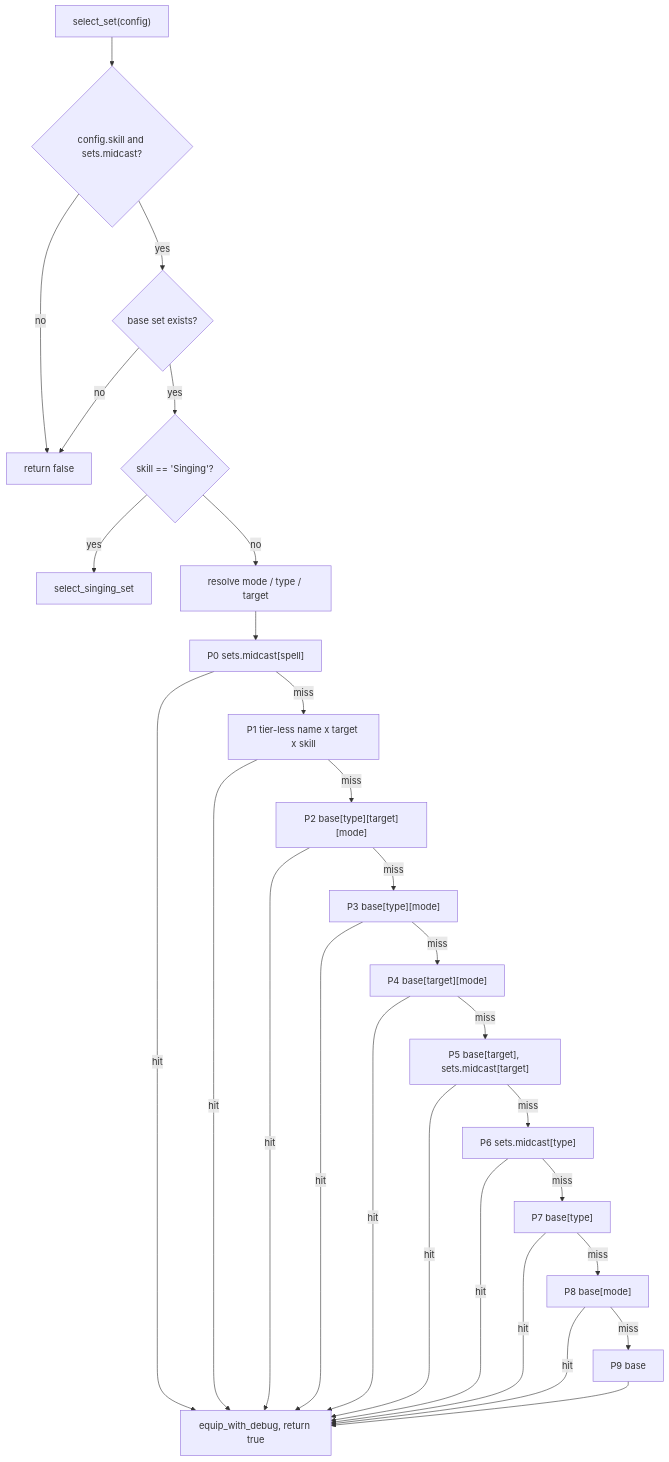
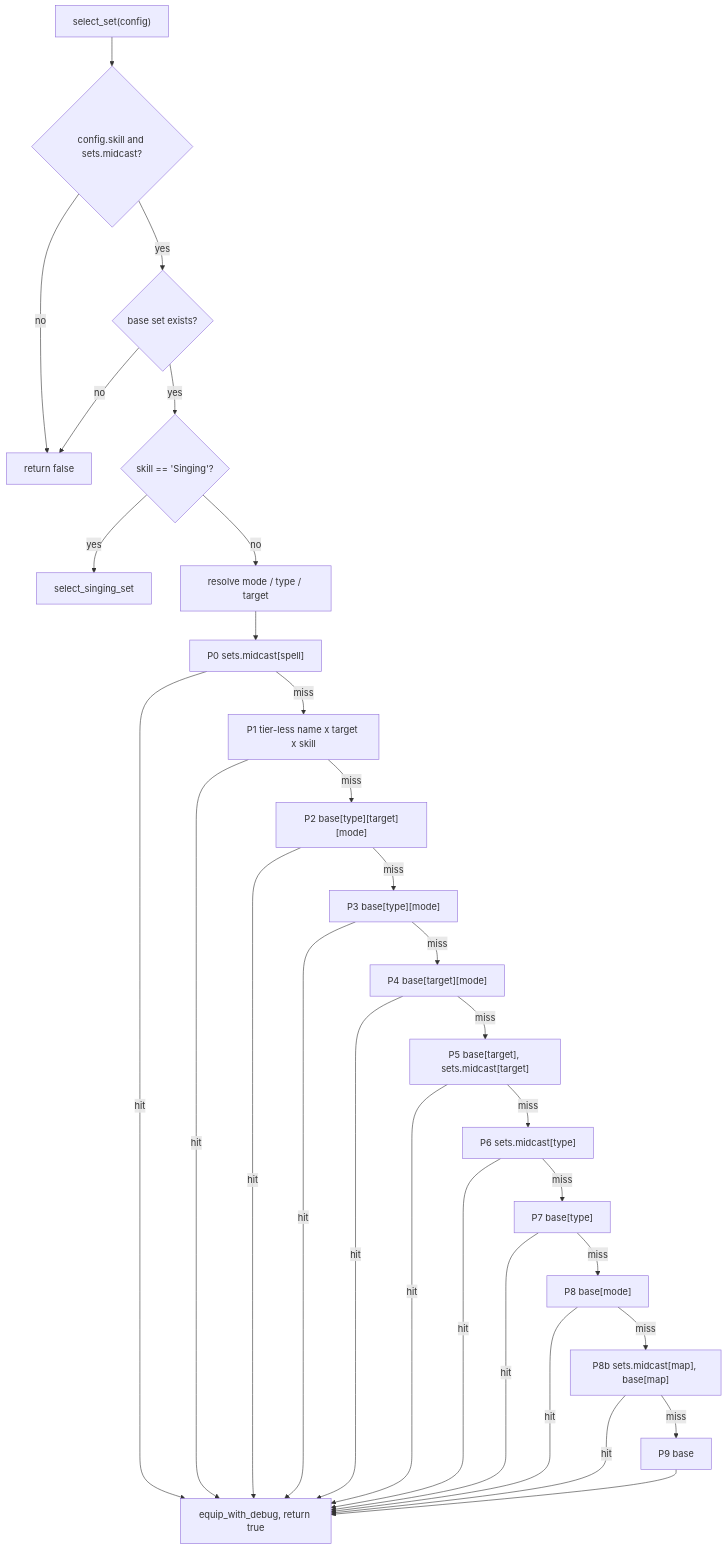
The second of 2 diagrams in docs/dev/systems/midcast-and-buffs.md (ejouanchicot/Gearswap), drawn with Mermaid before and after one commit. The commit also changed other lines of this file and 4 other files, not shown here.

First line of the commit message:
fix(midcast): keep a spell's Mote map set before the skill set

````diff
--- a/docs/dev/systems/midcast-and-buffs.md
+++ b/docs/dev/systems/midcast-and-buffs.md
@@ -99,30 +100,32 @@
 ```mermaid
 flowchart TD
     A["select_set(config)"] --> B{"config.skill and sets.midcast?"}
     B -- no --> F0["return false"]
     B -- yes --> C{"base set exists?"}
     C -- no --> F0
     C -- yes --> D{"skill == 'Singing'?"}
     D -- yes --> S["select_singing_set"]
     D -- no --> M["resolve mode / type / target"]
     M --> P0["P0 sets.midcast[spell]"]
     P0 -- miss --> P1["P1 tier-less name x target x skill"]
     P1 -- miss --> P2["P2 base[type][target][mode]"]
     P2 -- miss --> P3["P3 base[type][mode]"]
     P3 -- miss --> P4["P4 base[target][mode]"]
     P4 -- miss --> P5["P5 base[target], sets.midcast[target]"]
     P5 -- miss --> P6["P6 sets.midcast[type]"]
     P6 -- miss --> P7["P7 base[type]"]
     P7 -- miss --> P8["P8 base[mode]"]
-    P8 -- miss --> P9["P9 base"]
+    P8 -- miss --> P8b["P8b sets.midcast[map], base[map]"]
+    P8b -- miss --> P9["P9 base"]
     P0 -- hit --> E["equip_with_debug, return true"]
     P1 -- hit --> E
     P2 -- hit --> E
     P3 -- hit --> E
     P4 -- hit --> E
     P5 -- hit --> E
     P6 -- hit --> E
     P7 -- hit --> E
     P8 -- hit --> E
+    P8b -- hit --> E
     P9 --> E
 ```
````
